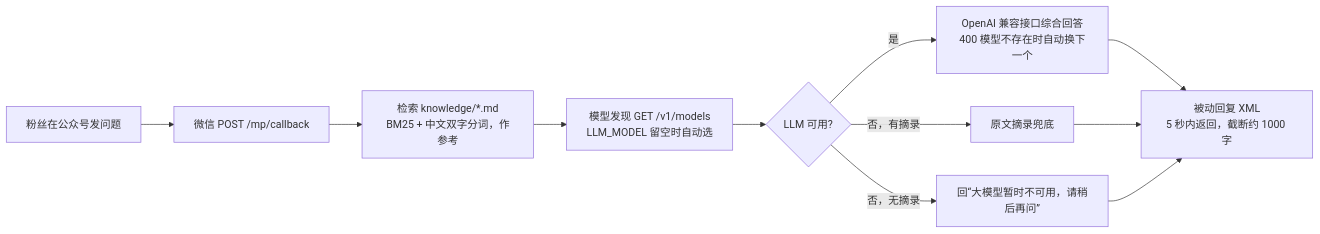
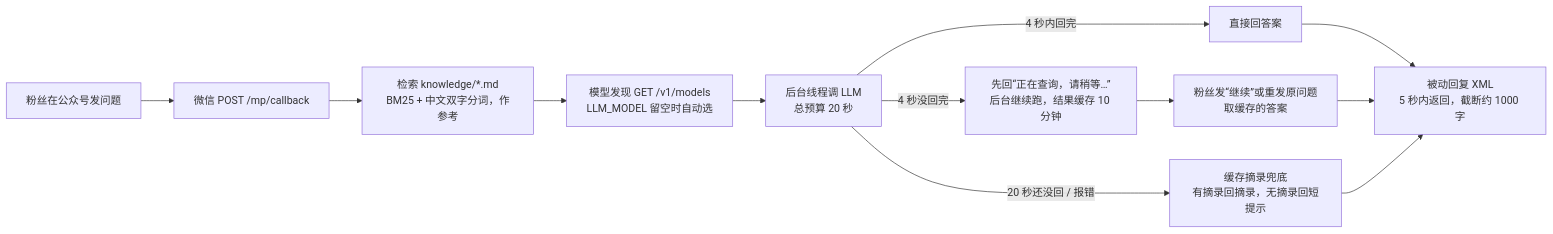
One commit to wdw6733/mp-rag-bot changed the diagram in README.md. Above: the diagram before and after it, drawn with Mermaid. The commit also changed other lines of this file, not shown here.

````diff
--- a/README.md
+++ b/README.md
@@ -11,13 +11,14 @@
 ```mermaid
 flowchart LR
     A[粉丝在公众号发问题] --> B[微信 POST /mp/callback]
     B --> C[检索 knowledge/*.md<br/>BM25 + 中文双字分词，作参考]
     C --> D[模型发现 GET /v1/models<br/>LLM_MODEL 留空时自动选]
-    D --> E{LLM 可用?}
-    E -->|是| F[OpenAI 兼容接口综合回答<br/>400 模型不存在时自动换下一个]
-    E -->|否，有摘录| G[原文摘录兜底]
-    E -->|否，无摘录| H[回“大模型暂时不可用，请稍后再问”]
-    F --> I[被动回复 XML<br/>5 秒内返回，截断约 1000 字]
-    G --> I
-    H --> I
+    D --> E[后台线程调 LLM<br/>总预算 20 秒]
+    E -->|4 秒内回完| F[直接回答案]
+    E -->|4 秒没回完| G[先回“正在查询，请稍等…”<br/>后台继续跑，结果缓存 10 分钟]
+    G --> H[粉丝发“继续”或重发原问题<br/>取缓存的答案]
+    E -->|20 秒还没回 / 报错| I[缓存摘录兜底<br/>有摘录回摘录，无摘录回短提示]
+    F --> J[被动回复 XML<br/>5 秒内返回，截断约 1000 字]
+    H --> J
+    I --> J
 ```
````
